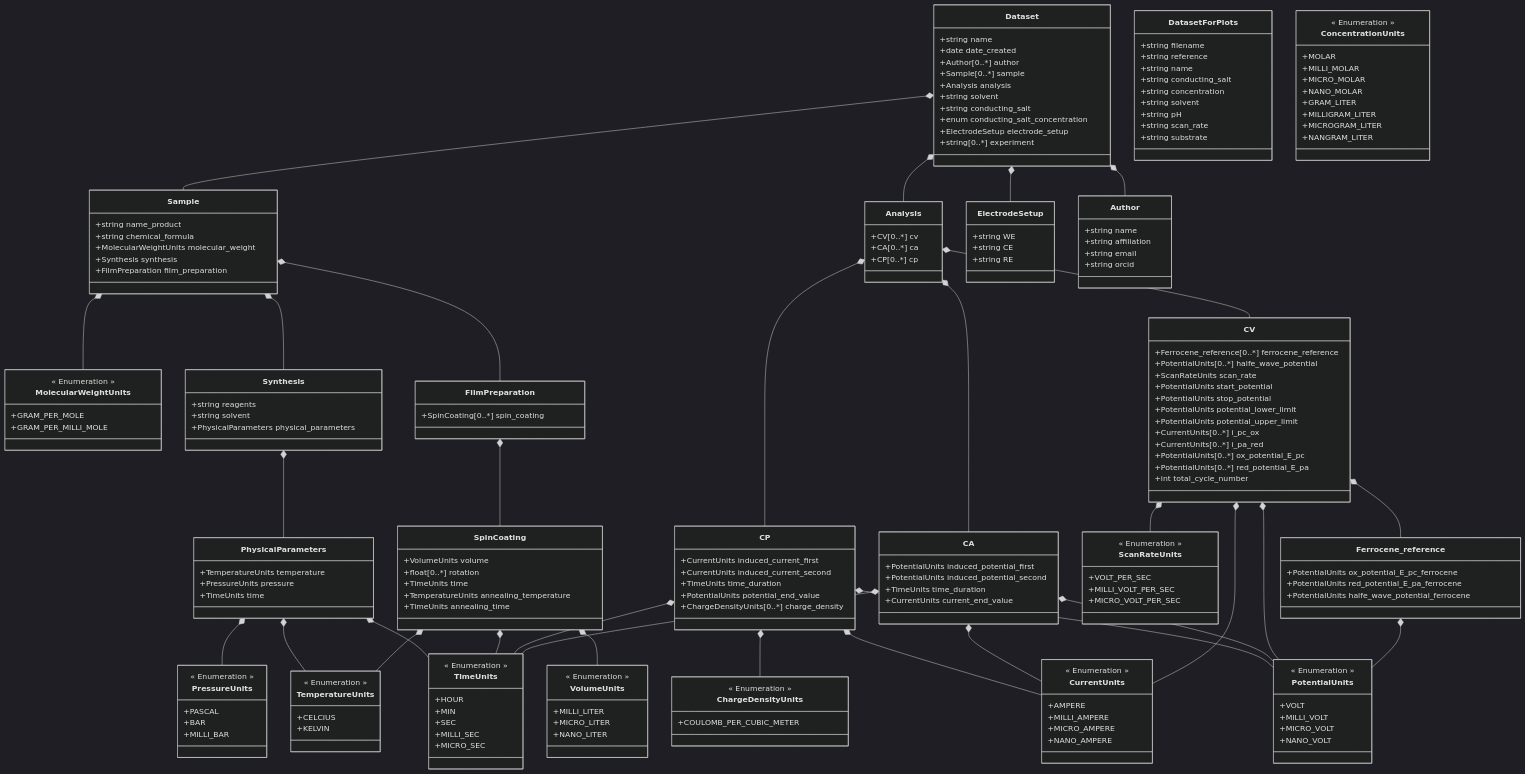
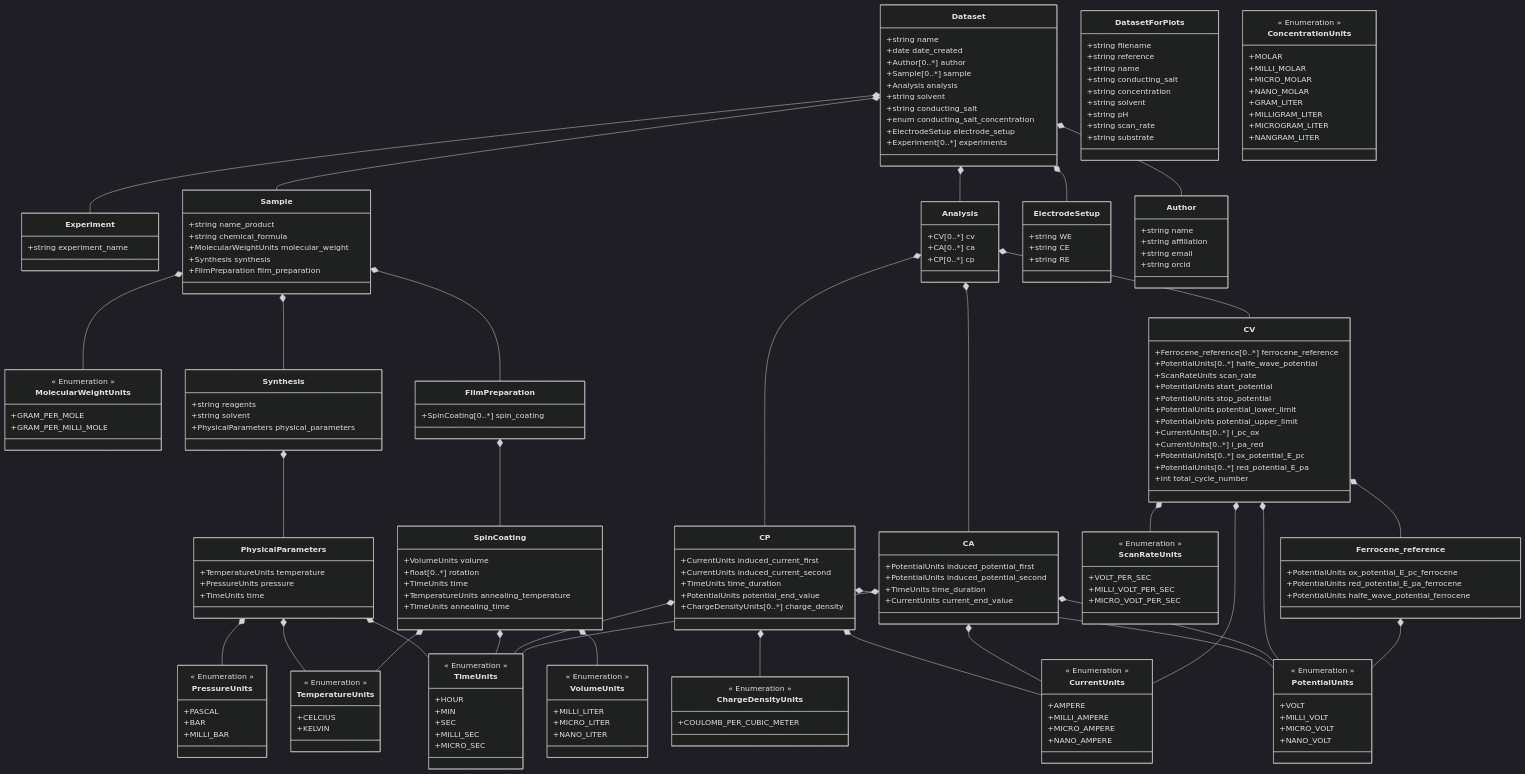
One commit to FAIRChemistry/datamodel-electrochemistry changed the diagram in ElectrochemistryDataModel/schemes/electrochemistrydatamodel_schema.md. Above: the diagram before and after it, drawn with Mermaid (dark theme). The commit also changed 16 other files, not shown here.

````diff
--- a/ElectrochemistryDataModel/schemes/electrochemistrydatamodel_schema.md
+++ b/ElectrochemistryDataModel/schemes/electrochemistrydatamodel_schema.md
@@ -1,5 +1,6 @@
 ```mermaid
 classDiagram
+    Dataset *-- Experiment
     Dataset *-- Sample
     Dataset *-- Analysis
     Dataset *-- ElectrodeSetup
@@ -41,7 +42,11 @@
         +string conducting_salt
         +enum conducting_salt_concentration
         +ElectrodeSetup electrode_setup
-        +string[0..*] experiment
+        +Experiment[0..*] experiments
+    }
+    
+    class Experiment {
+        +string experiment_name
     }
     
     class Sample {
````
